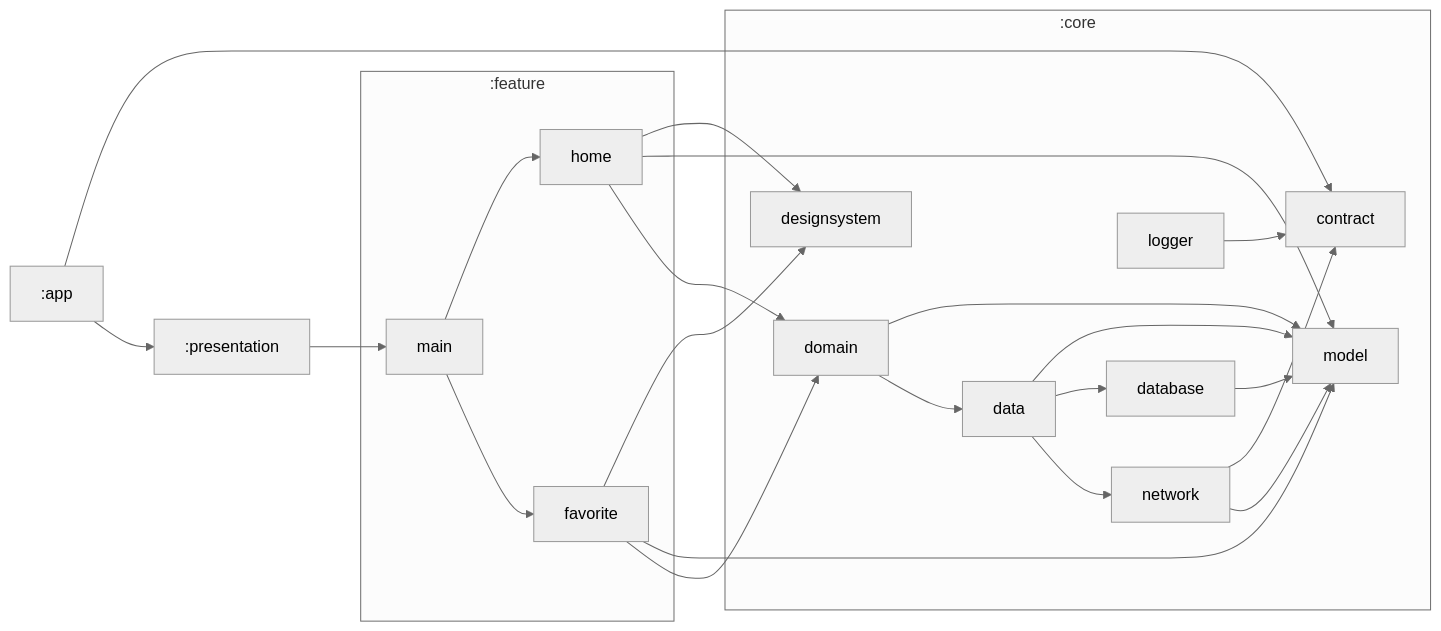
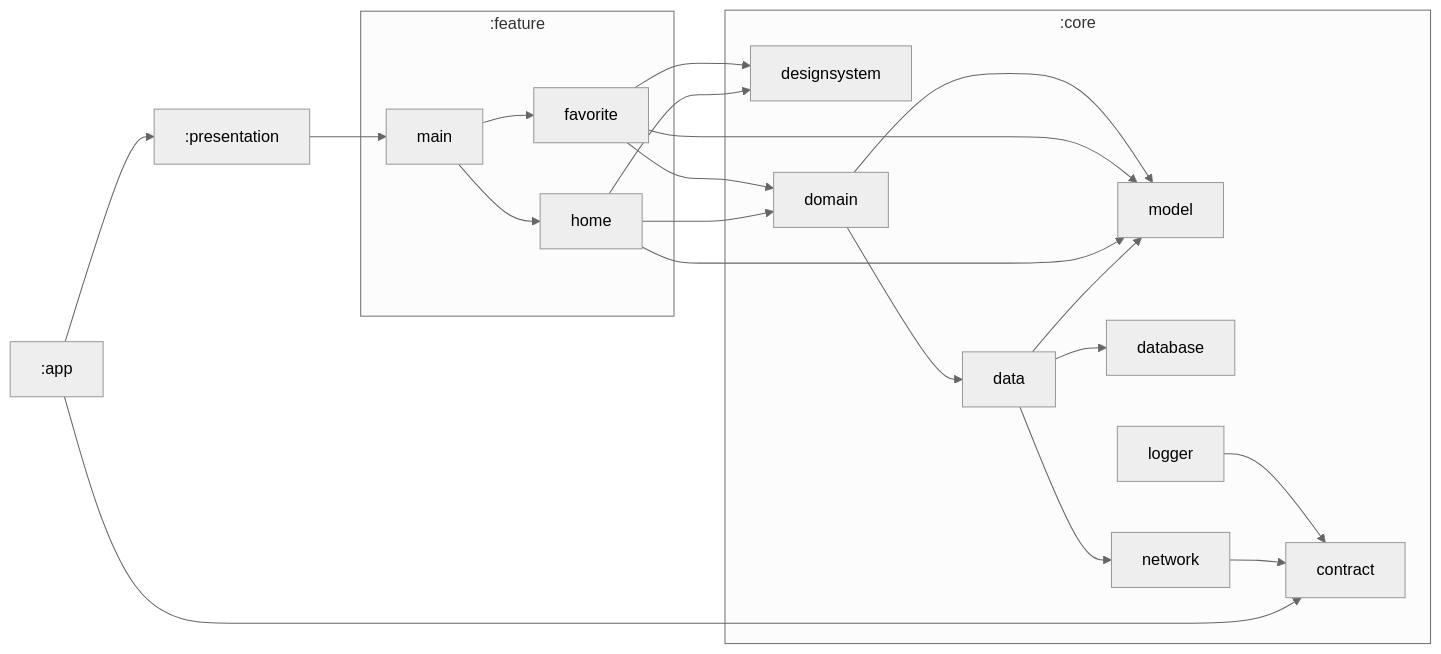
The diagram in README.md (ChoiSeungMyung/Stores), drawn with Mermaid before and after one commit. The commit also changed 2 other files, not shown here.

Commit message:
:fire: Clear unnecessary implementation

````diff
--- a/README.md
+++ b/README.md
@@ -12,44 +12,42 @@
 ```mermaid
 %%{
   init: {
     'theme': 'neutral'
   }
 }%%
 
 graph LR
   subgraph :core
-    :core:database["database"]
-    :core:model["model"]
     :core:contract["contract"]
     :core:data["data"]
+    :core:model["model"]
+    :core:database["database"]
     :core:network["network"]
     :core:designsystem["designsystem"]
     :core:domain["domain"]
     :core:logger["logger"]
   end
   subgraph :feature
     :feature:main["main"]
     :feature:home["home"]
     :feature:favorite["favorite"]
   end
-  :core:database --> :core:model
   :app --> :core:contract
   :app --> :presentation
   :presentation --> :feature:main
   :core:data --> :core:model
   :core:data --> :core:database
   :core:data --> :core:network
   :feature:home --> :core:designsystem
   :feature:home --> :core:model
   :feature:home --> :core:domain
   :core:network --> :core:contract
-  :core:network --> :core:model
   :feature:favorite --> :core:designsystem
   :feature:favorite --> :core:model
   :feature:favorite --> :core:domain
   :core:logger --> :core:contract
   :core:domain --> :core:model
   :core:domain --> :core:data
   :feature:main --> :feature:home
   :feature:main --> :feature:favorite
 ```
````
